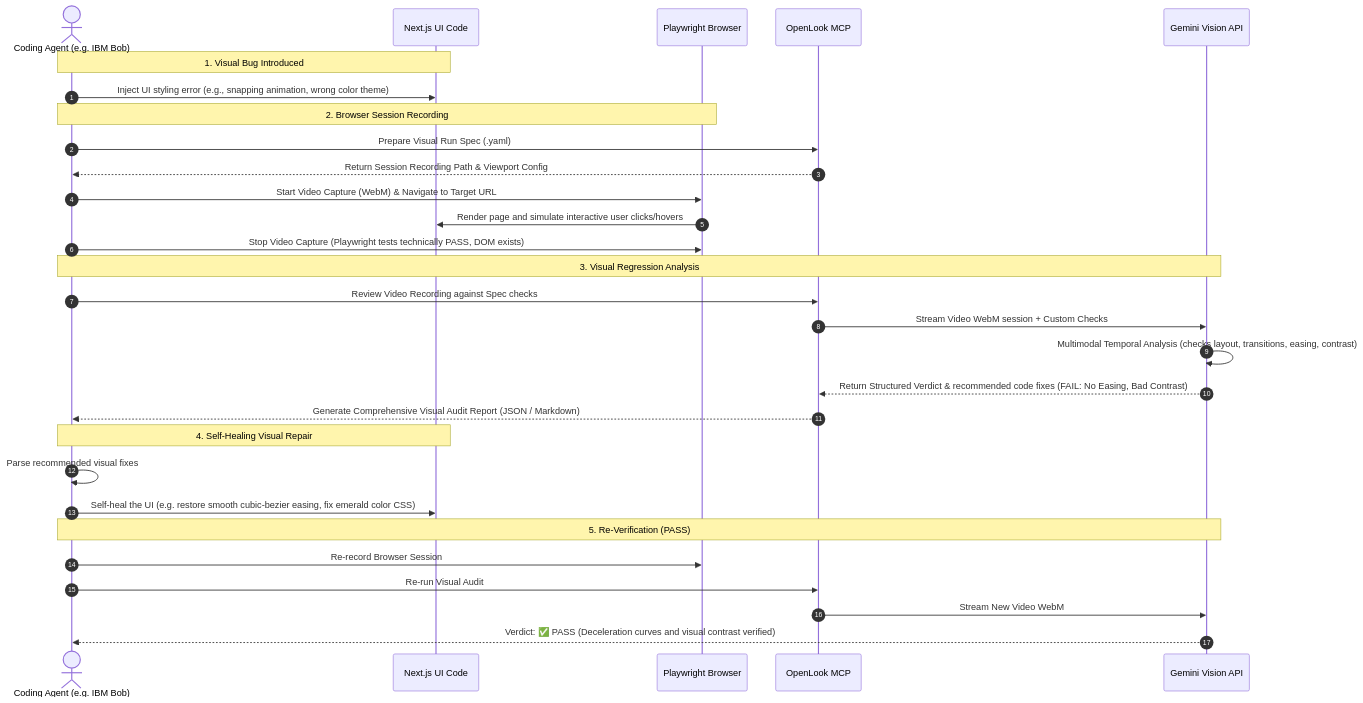
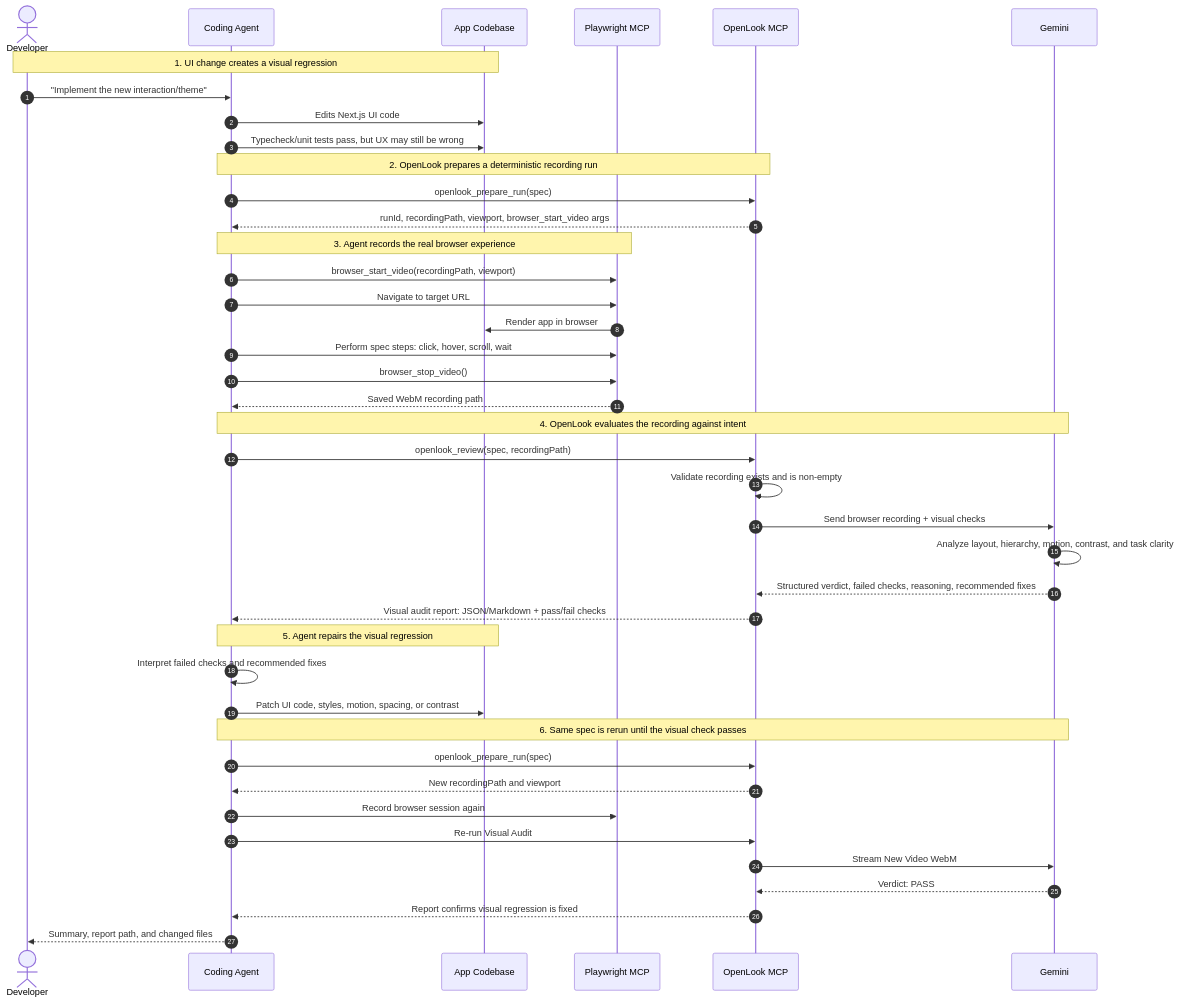
One commit to system1970/openlook-web changed the first of 2 diagrams in README.md. Above: the diagram before and after it, drawn with Mermaid. The commit also changed other lines of this file, not shown here.

Commit message:
docs: integrate user master sequence diagram and clean redundant diagrams

````diff
--- a/README.md
+++ b/README.md
@@ -74,36 +32,49 @@
 ```mermaid
 sequenceDiagram
     autonumber
-    actor Agent as Coding Agent (e.g. IBM Bob)
-    participant Code as Next.js UI Code
-    participant PW as Playwright Browser
+    actor Dev as Developer
+    participant Agent as Coding Agent
+    participant Code as App Codebase
+    participant PW as Playwright MCP
     participant OL as OpenLook MCP
-    participant Gemini as Gemini Vision API
+    participant Gemini as Gemini
 
-    Note over Agent,Code: 1. Visual Bug Introduced
-    Agent->>Code: Inject UI styling error (e.g., snapping animation, wrong color theme)
-    
-    Note over Agent,PW: 2. Browser Session Recording
-    Agent->>OL: Prepare Visual Run Spec (.yaml)
-    OL-->>Agent: Return Session Recording Path & Viewport Config
-    Agent->>PW: Start Video Capture (WebM) & Navigate to Target URL
-    PW->>Code: Render page and simulate interactive user clicks/hovers
-    Agent->>PW: Stop Video Capture (Playwright tests technically PASS, DOM exists)
+    Note over Dev,Code: 1. UI change creates a visual regression
+    Dev->>Agent: "Implement the new interaction/theme"
+    Agent->>Code: Edits Next.js UI code
+    Agent->>Code: Typecheck/unit tests pass, but UX may still be wrong
 
-    Note over Agent,Gemini: 3. Visual Regression Analysis
-    Agent->>OL: Review Video Recording against Spec checks
-    OL->>Gemini: Stream Video WebM session + Custom Checks
-    Gemini->>Gemini: Multimodal Temporal Analysis (checks layout, transitions, easing, contrast)
-    Gemini-->>OL: Return Structured Verdict & recommended code fixes (FAIL: No Easing, Bad Contrast)
-    OL-->>Agent: Generate Comprehensive Visual Audit Report (JSON / Markdown)
+    Note over Agent,OL: 2. OpenLook prepares a deterministic recording run
+    Agent->>OL: openlook_prepare_run(spec)
+    OL-->>Agent: runId, recordingPath, viewport, browser_start_video args
 
-    Note over Agent,Code: 4. Self-Healing Visual Repair
-    Agent->>Agent: Parse recommended visual fixes
-    Agent->>Code: Self-heal the UI (e.g. restore smooth cubic-bezier easing, fix emerald color CSS)
-    
-    Note over Agent,Gemini: 5. Re-Verification (PASS)
-    Agent->>PW: Re-record Browser Session
+    Note over Agent,PW: 3. Agent records the real browser experience
+    Agent->>PW: browser_start_video(recordingPath, viewport)
+    Agent->>PW: Navigate to target URL
+    PW->>Code: Render app in browser
+    Agent->>PW: Perform spec steps: click, hover, scroll, wait
+    Agent->>PW: browser_stop_video()
+    PW-->>Agent: Saved WebM recording path
+
+    Note over Agent,Gemini: 4. OpenLook evaluates the recording against intent
+    Agent->>OL: openlook_review(spec, recordingPath)
+    OL->>OL: Validate recording exists and is non-empty
+    OL->>Gemini: Send browser recording + visual checks
+    Gemini->>Gemini: Analyze layout, hierarchy, motion, contrast, and task clarity
+    Gemini-->>OL: Structured verdict, failed checks, reasoning, recommended fixes
+    OL-->>Agent: Visual audit report: JSON/Markdown + pass/fail checks
+
+    Note over Agent,Code: 5. Agent repairs the visual regression
+    Agent->>Agent: Interpret failed checks and recommended fixes
+    Agent->>Code: Patch UI code, styles, motion, spacing, or contrast
+
+    Note over Agent,Gemini: 6. Same spec is rerun until the visual check passes
+    Agent->>OL: openlook_prepare_run(spec)
+    OL-->>Agent: New recordingPath and viewport
+    Agent->>PW: Record browser session again
     Agent->>OL: Re-run Visual Audit
     OL->>Gemini: Stream New Video WebM
-    Gemini-->>Agent: Verdict: ✅ PASS (Deceleration curves and visual contrast verified)
+    Gemini-->>OL: Verdict: PASS
+    OL-->>Agent: Report confirms visual regression is fixed
+    Agent-->>Dev: Summary, report path, and changed files
 ```
````
